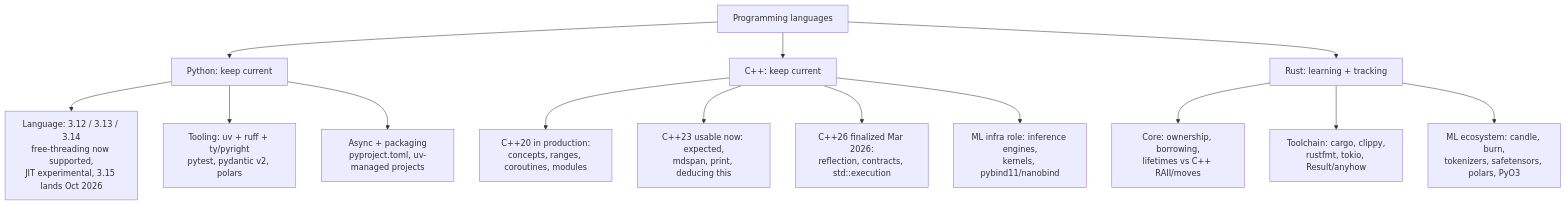
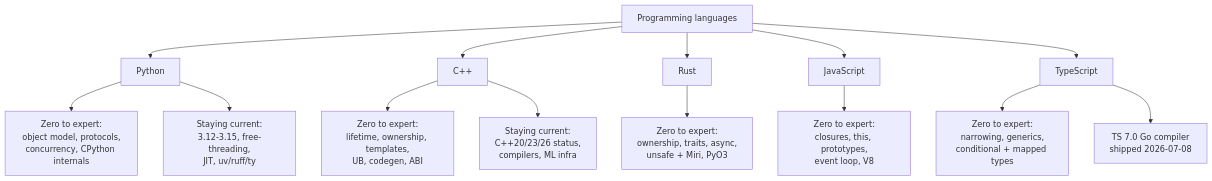
One commit to khalit7/technical_knowledge_base changed the diagram in topics/programming-languages/summary.md. Above: the diagram before and after it, drawn with Mermaid. The commit also changed other lines of this file and 236 other files, not shown here.

````diff
--- a/topics/programming-languages/summary.md
+++ b/topics/programming-languages/summary.md
@@ -14,21 +14,23 @@
 ```mermaid
 graph TD
     PL[Programming languages]
 
-    PL --> PY[Python: keep current]
-    PL --> CPP[C++: keep current]
-    PL --> RS[Rust: learning + tracking]
+    PL --> PY[Python]
+    PL --> CPP[C++]
+    PL --> RS[Rust]
+    PL --> JS[JavaScript]
+    PL --> TS[TypeScript]
 
-    PY --> PY1[Language: 3.12 / 3.13 / 3.14<br/>free-threading now supported,<br/>JIT experimental, 3.15 lands Oct 2026]
-    PY --> PY2[Tooling: uv + ruff + ty/pyright<br/>pytest, pydantic v2, polars]
-    PY --> PY3[Async + packaging<br/>pyproject.toml, uv-managed projects]
+    PY --> PYA[Zero to expert:<br/>object model, protocols,<br/>concurrency, CPython internals]
+    PY --> PYB[Staying current:<br/>3.12-3.15, free-threading,<br/>JIT, uv/ruff/ty]
 
-    CPP --> CPP1[C++20 in production:<br/>concepts, ranges, coroutines, modules]
-    CPP --> CPP2[C++23 usable now: expected,<br/>mdspan, print, deducing this]
-    CPP --> CPP3[C++26 finalized Mar 2026:<br/>reflection, contracts, std::execution]
-    CPP --> CPP4[ML infra role: inference engines,<br/>kernels, pybind11/nanobind]
+    CPP --> CPPA[Zero to expert:<br/>lifetime, ownership, templates,<br/>UB, codegen, ABI]
+    CPP --> CPPB[Staying current:<br/>C++20/23/26 status,<br/>compilers, ML infra]
 
-    RS --> RS1[Core: ownership, borrowing,<br/>lifetimes vs C++ RAII/moves]
-    RS --> RS2[Toolchain: cargo, clippy,<br/>rustfmt, tokio, Result/anyhow]
-    RS --> RS3[ML ecosystem: candle, burn,<br/>tokenizers, safetensors, polars, PyO3]
+    RS --> RSA[Zero to expert:<br/>ownership, traits, async,<br/>unsafe + Miri, PyO3]
+
+    JS --> JSA[Zero to expert:<br/>closures, this, prototypes,<br/>event loop, V8]
+
+    TS --> TSA[Zero to expert:<br/>narrowing, generics,<br/>conditional + mapped types]
+    TS --> TSB[TS 7.0 Go compiler<br/>shipped 2026-07-08]
 ```
````
